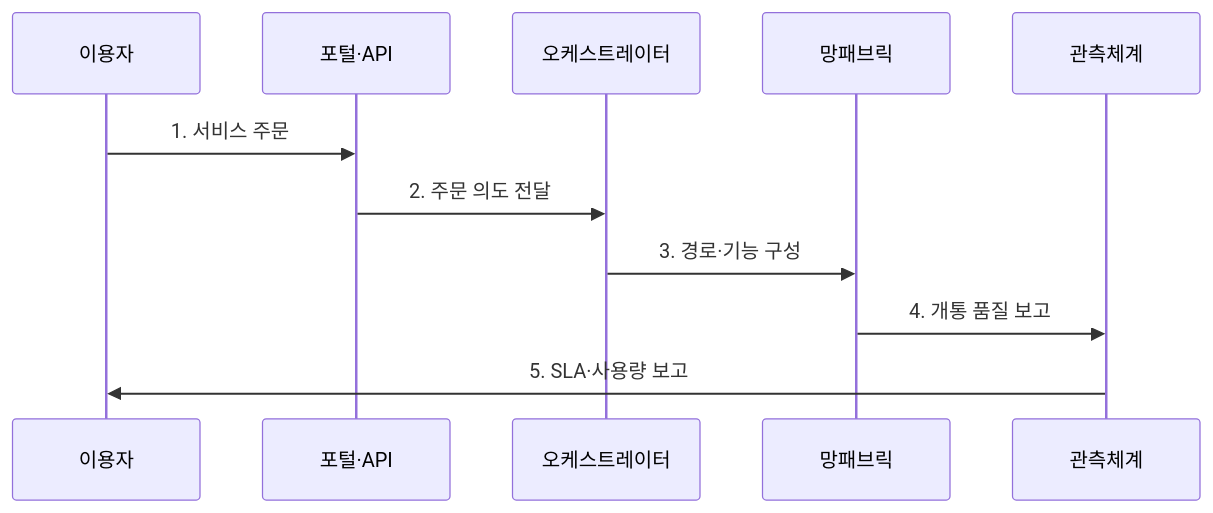
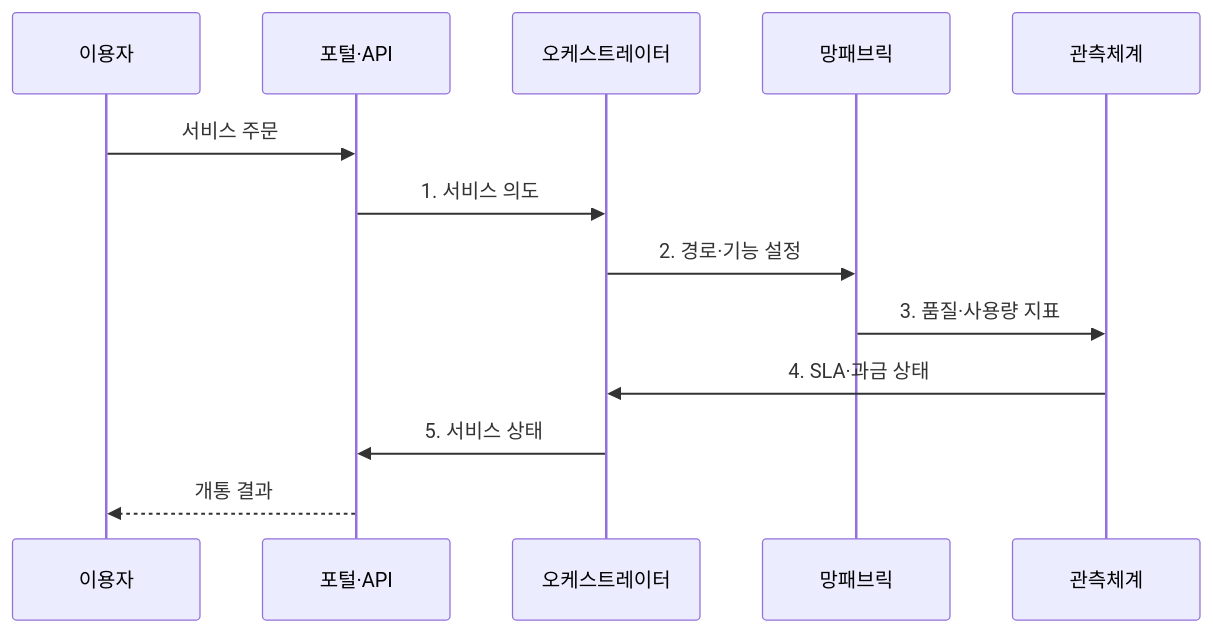
The second of 2 diagrams in src/content/docs/notes/04-network/060_network_as_a_service.md (agnusdei1207/knowledge-base), drawn with Mermaid before and after one commit. The commit also changed other lines of this file and 20 other files, not shown here.

````diff
--- a/src/content/docs/notes/04-network/060_network_as_a_service.md
+++ b/src/content/docs/notes/04-network/060_network_as_a_service.md
@@ -82,13 +84,15 @@
 ```mermaid
 sequenceDiagram
     participant 이용자
     participant 포털·API
     participant 오케스트레이터
     participant 망패브릭
     participant 관측체계
-    이용자->>포털·API: 1. 서비스 주문
-    포털·API->>오케스트레이터: 2. 주문 의도 전달
-    오케스트레이터->>망패브릭: 3. 경로·기능 구성
-    망패브릭->>관측체계: 4. 개통 품질 보고
-    관측체계->>이용자: 5. SLA·사용량 보고
+    이용자->>포털·API: 서비스 주문
+    포털·API->>오케스트레이터: 1. 서비스 의도
+    오케스트레이터->>망패브릭: 2. 경로·기능 설정
+    망패브릭->>관측체계: 3. 품질·사용량 지표
+    관측체계->>오케스트레이터: 4. SLA·과금 상태
+    오케스트레이터->>포털·API: 5. 서비스 상태
+    포털·API-->>이용자: 개통 결과
 ```
````
